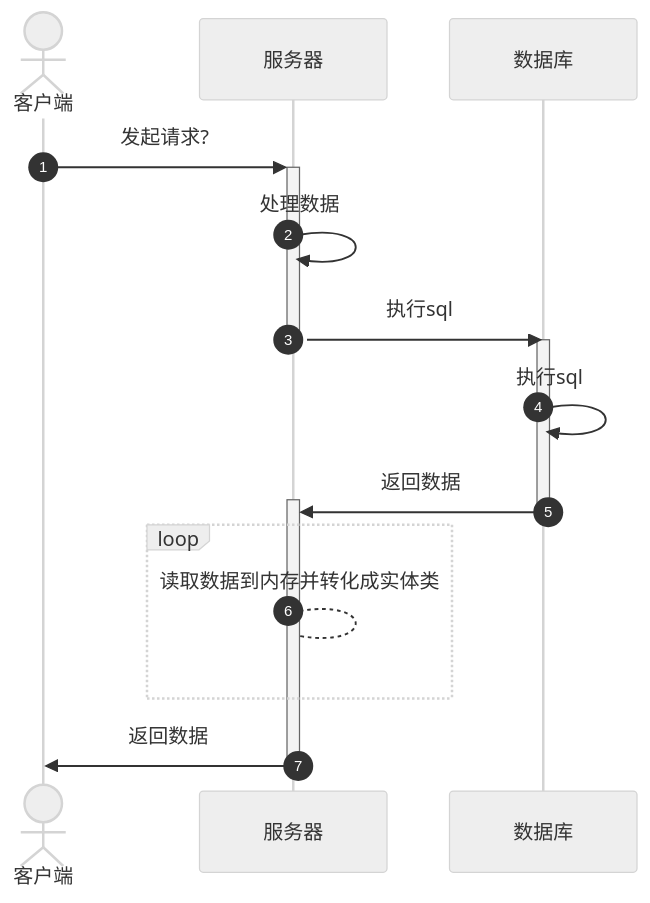
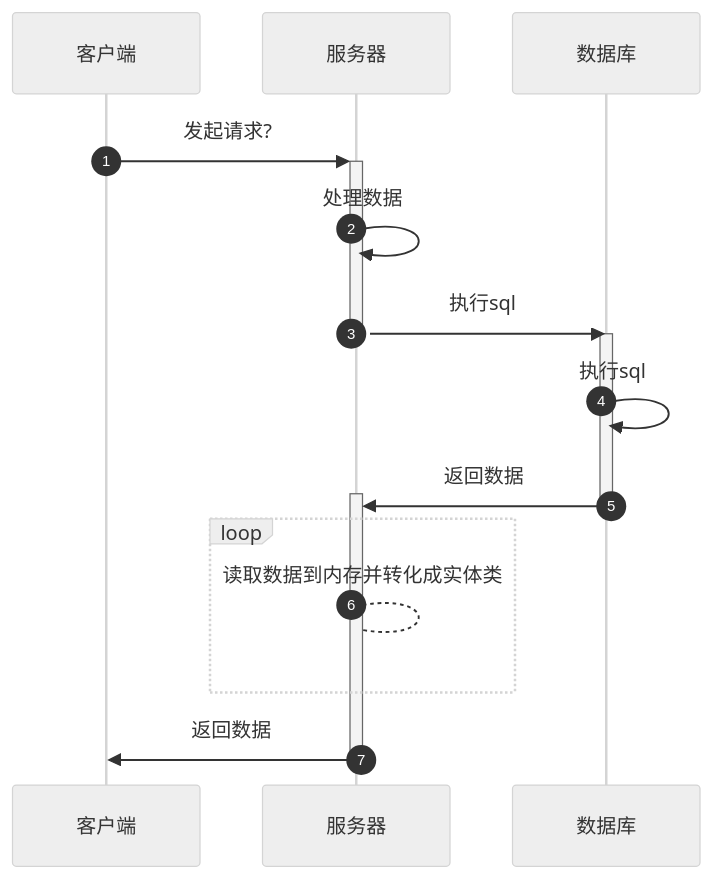
One commit to HY-10-8/iodraw-files changed the diagram in all/AI-服务查询数据.md. Above: the diagram before and after it, drawn with Mermaid (neutral theme).

Commit message:
2025-11-27 17:34:42 update

````diff
--- a/all/AI-服务查询数据.md
+++ b/all/AI-服务查询数据.md
@@ -1,16 +1,15 @@
 ```mermaid
 sequenceDiagram
     autonumber
-    actor 客户端
     客户端->>+服务器: 发起请求?
     服务器->>服务器: 处理数据
     服务器->>-数据库: 执行sql
     activate 数据库
     数据库->>数据库: 执行sql
     数据库->>+服务器: 返回数据
     deactivate 数据库
     loop 
         服务器-->服务器: 读取数据到内存并转化成实体类
     end
     服务器->>-客户端: 返回数据
 ```
````
